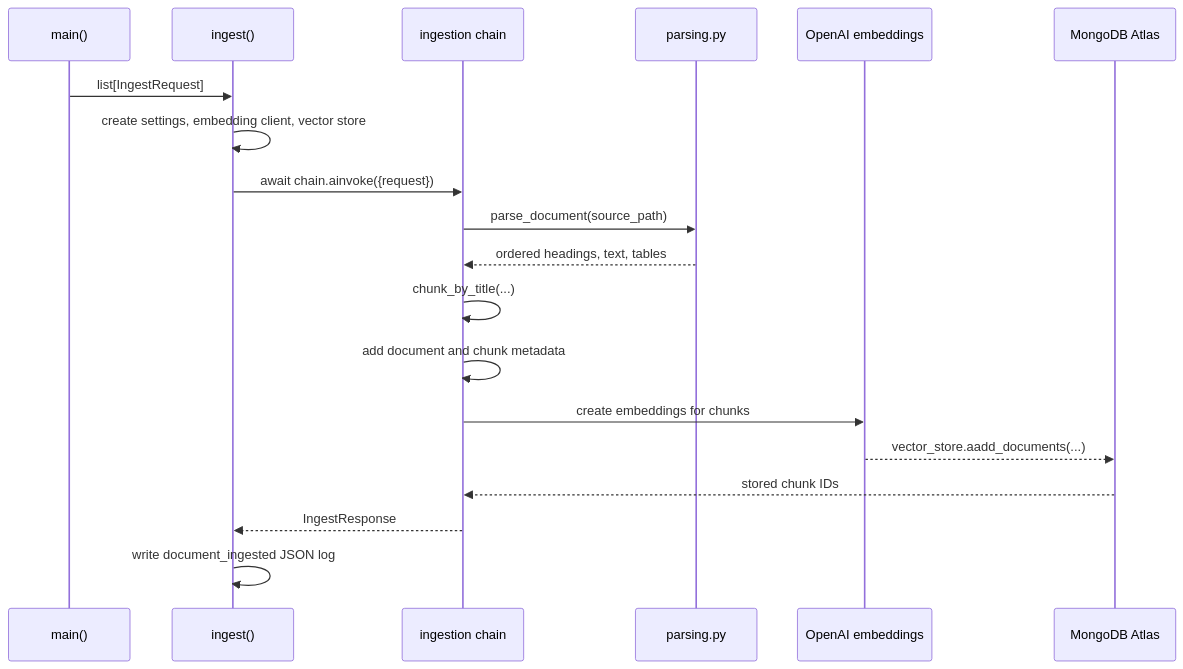
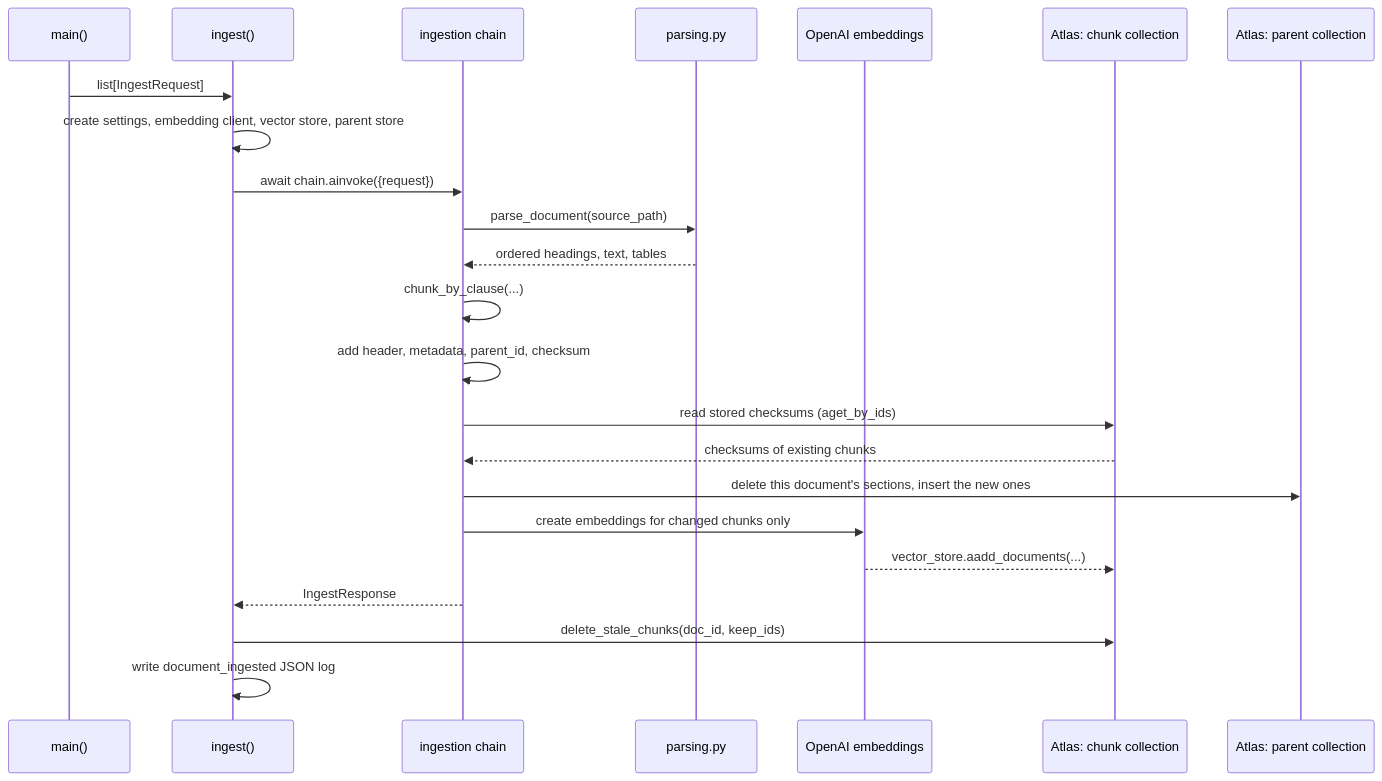
One commit to pankajshakya627/enterprise-ai-training changed the second of 2 diagrams in APP_COMPONENT_GUIDE.md. Above: the diagram before and after it, drawn with Mermaid. The commit also changed other lines of this file and 11 other files, not shown here.

````diff
--- a/APP_COMPONENT_GUIDE.md
+++ b/APP_COMPONENT_GUIDE.md
@@ -63,22 +94,26 @@
 ```mermaid
 sequenceDiagram
     participant CLI as main()
     participant S as ingest()
     participant C as ingestion chain
     participant P as parsing.py
     participant O as OpenAI embeddings
-    participant M as MongoDB Atlas
+    participant M as Atlas: chunk collection
+    participant PS as Atlas: parent collection
 
     CLI->>S: list[IngestRequest]
-    S->>S: create settings, embedding client, vector store
+    S->>S: create settings, embedding client, vector store, parent store
     S->>C: await chain.ainvoke({request})
     C->>P: parse_document(source_path)
     P-->>C: ordered headings, text, tables
-    C->>C: chunk_by_title(...)
-    C->>C: add document and chunk metadata
-    C->>O: create embeddings for chunks
+    C->>C: chunk_by_clause(...)
+    C->>C: add header, metadata, parent_id, checksum
+    C->>M: read stored checksums (aget_by_ids)
+    M-->>C: checksums of existing chunks
+    C->>PS: delete this document's sections, insert the new ones
+    C->>O: create embeddings for changed chunks only
     O-->>M: vector_store.aadd_documents(...)
-    M-->>C: stored chunk IDs
     C-->>S: IngestResponse
+    S->>M: delete_stale_chunks(doc_id, keep_ids)
     S->>S: write document_ingested JSON log
 ```
````
